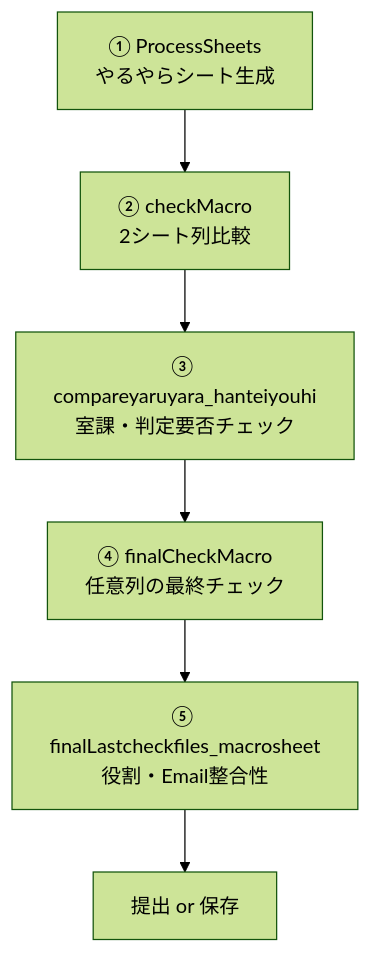
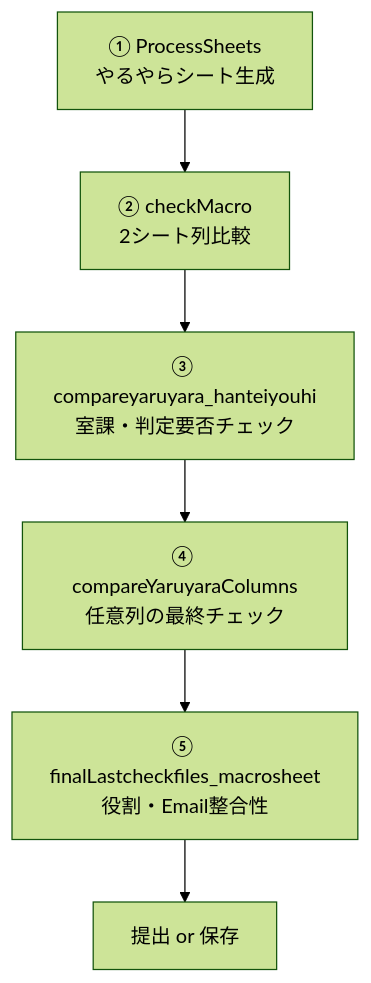
The diagram in README.md (flopsy212/excel-check-automation), drawn with Mermaid (forest theme) before and after one commit. The commit also changed other lines of this file, not shown here.

````diff
--- a/README.md
+++ b/README.md
@@ -29,8 +29,8 @@
 ```mermaid
 flowchart TD
     A[① ProcessSheets<br>やるやらシート生成] --> B[② checkMacro<br>2シート列比較]
     B --> C[③ compareyaruyara_hanteiyouhi<br>室課・判定要否チェック]
-    C --> D[④ finalCheckMacro<br>任意列の最終チェック]
+    C --> D[④ compareYaruyaraColumns<br>任意列の最終チェック]
     D --> E[⑤ finalLastcheckfiles_macrosheet<br>役割・Email整合性]
     E --> F[提出 or 保存]
 ```
````
